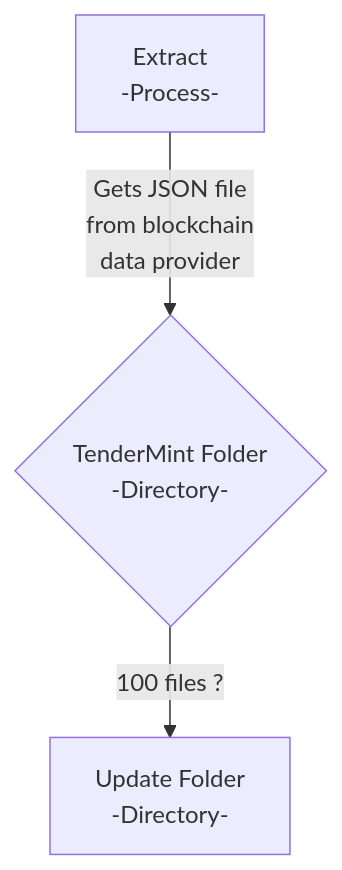
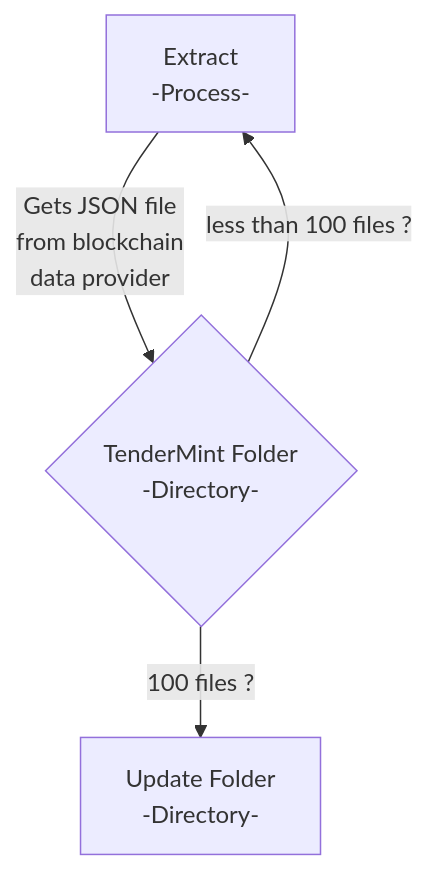
One commit to patmcfarland/one changed the diagram in README.md. Above: the diagram before and after it, drawn with Mermaid.

````diff
--- a/README.md
+++ b/README.md
@@ -1,7 +1,8 @@
 ```mermaid
 flowchart TD
 A[Extract<br>-Process-]
 A -- Gets JSON file<br>from blockchain<br>data provider --> B
 B{TenderMint Folder<br>-Directory-}
 B -- 100 files ? --> C[Update Folder<br>-Directory-]
+B -- less than 100 files ? --> A
 ```
````
